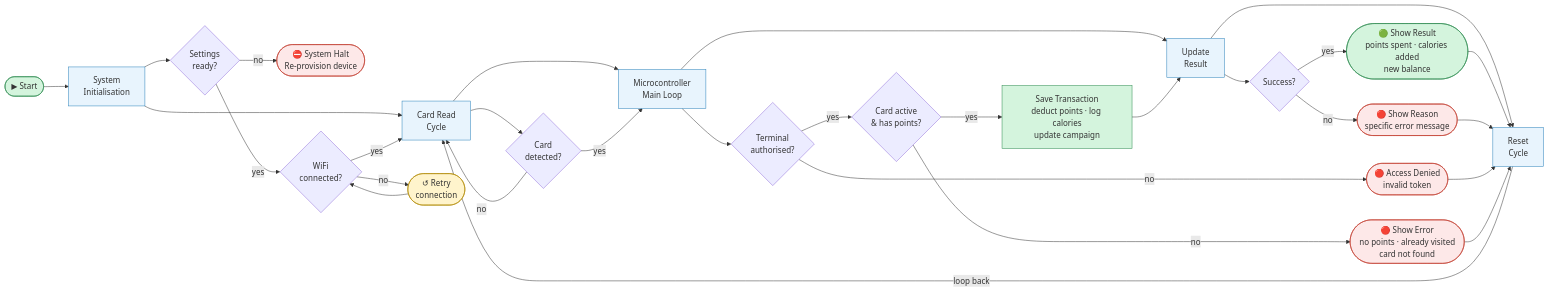
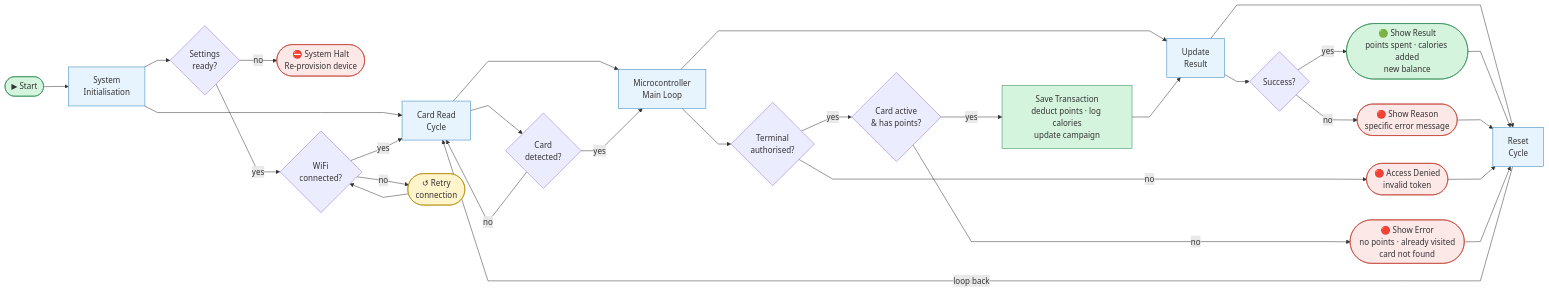
Before and after one commit to GILZ3103/claude_project: the sixth of 12 diagrams in MASTER_v2_refined.md, drawn with Mermaid. The commit also changed other lines of this file, not shown here.

Commit message:
Add flowchart initialization for mermaid diagrams throughout the documentation

````diff
--- a/MASTER_v2_refined.md
+++ b/MASTER_v2_refined.md
@@ -207,55 +212,56 @@
 ```mermaid
+%%{init: {"flowchart": {"curve": "linear"}} }%%
 flowchart LR
     S([▶ Start]) --> INIT[System\nInitialisation]
     INIT --> SCAN[Card Read\nCycle]
     SCAN --> PROC[Microcontroller\nMain Loop]
     PROC --> DISP[Update\nResult]
     DISP --> RESET[Reset\nCycle]
     RESET -->|loop back| SCAN
 
     %% ── Initialisation branch ──────────────────────────────
     INIT --> D1{Settings\nready?}
     D1 -->|no| HALT(["⛔ System Halt\nRe-provision device"])
     D1 -->|yes| D2{WiFi\nconnected?}
     D2 -->|no| RETRY(["↺ Retry\nconnection"])
     RETRY --> D2
     D2 -->|yes| SCAN
 
     %% ── Card scan branch ───────────────────────────────────
     SCAN --> D3{Card\ndetected?}
     D3 -->|no| SCAN
     D3 -->|yes| PROC
 
     %% ── Main loop branch ───────────────────────────────────
     PROC --> D4{Terminal\nauthorised?}
     D4 -->|no| E1(["🔴 Access Denied\ninvalid token"])
     D4 -->|yes| D5{Card active\n& has points?}
     D5 -->|no| E2(["🔴 Show Error\nno points · already visited\ncard not found"])
     D5 -->|yes| SAVE["Save Transaction\ndeduct points · log calories\nupdate campaign"]
 
     SAVE --> DISP
 
     %% ── Result branch ──────────────────────────────────────
     DISP --> D6{Success?}
     D6 -->|yes| OK(["🟢 Show Result\npoints spent · calories added\nnew balance"])
     D6 -->|no| FAIL(["🔴 Show Reason\nspecific error message"])
 
     OK --> RESET
     FAIL --> RESET
     E1 --> RESET
     E2 --> RESET
 
     style S fill:#d4f4dd,stroke:#2d8a4f
     style INIT fill:#e8f4fd,stroke:#2980b9
     style SCAN fill:#e8f4fd,stroke:#2980b9
     style PROC fill:#e8f4fd,stroke:#2980b9
     style DISP fill:#e8f4fd,stroke:#2980b9
     style RESET fill:#e8f4fd,stroke:#2980b9
     style SAVE fill:#d4f4dd,stroke:#2d8a4f
     style OK fill:#d4f4dd,stroke:#2d8a4f
     style HALT fill:#fde8e8,stroke:#c0392b
     style E1 fill:#fde8e8,stroke:#c0392b
     style E2 fill:#fde8e8,stroke:#c0392b
     style FAIL fill:#fde8e8,stroke:#c0392b
     style RETRY fill:#fff4cc,stroke:#b08800
 ```
````
